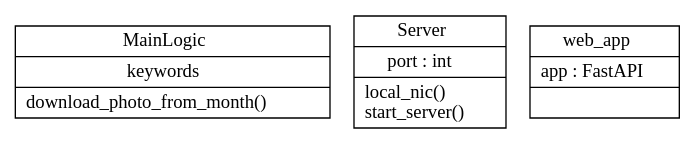
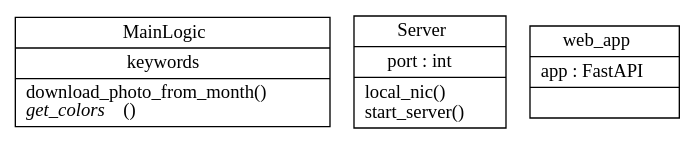
One commit to Jelloeater/porch_light changed the diagram in docs/classes.dot. Above: the diagram before and after it, drawn with Graphviz. The commit also changed 3 other files, not shown here.

```diff
--- a/docs/classes.dot
+++ b/docs/classes.dot
@@ -1,7 +1,7 @@
 digraph "classes" {
 rankdir=BT
 charset="utf-8"
-"pl_worker.porch_light.MainLogic" [color="black", fontcolor="black", label=<{MainLogic|keywords<br ALIGN="LEFT"/>|download_photo_from_month()<br ALIGN="LEFT"/>}>, shape="record", style="solid"];
+"pl_worker.porch_light.MainLogic" [color="black", fontcolor="black", label=<{MainLogic|keywords<br ALIGN="LEFT"/>|download_photo_from_month()<br ALIGN="LEFT"/><I>get_colors</I>()<br ALIGN="LEFT"/>}>, shape="record", style="solid"];
 "pl_worker.webserver.Server" [color="black", fontcolor="black", label=<{Server|port : int<br ALIGN="LEFT"/>|local_nic()<br ALIGN="LEFT"/>start_server()<br ALIGN="LEFT"/>}>, shape="record", style="solid"];
 "pl_worker.webserver.web_app" [color="black", fontcolor="black", label=<{web_app|app : FastAPI<br ALIGN="LEFT"/>|}>, shape="record", style="solid"];
 }
```
